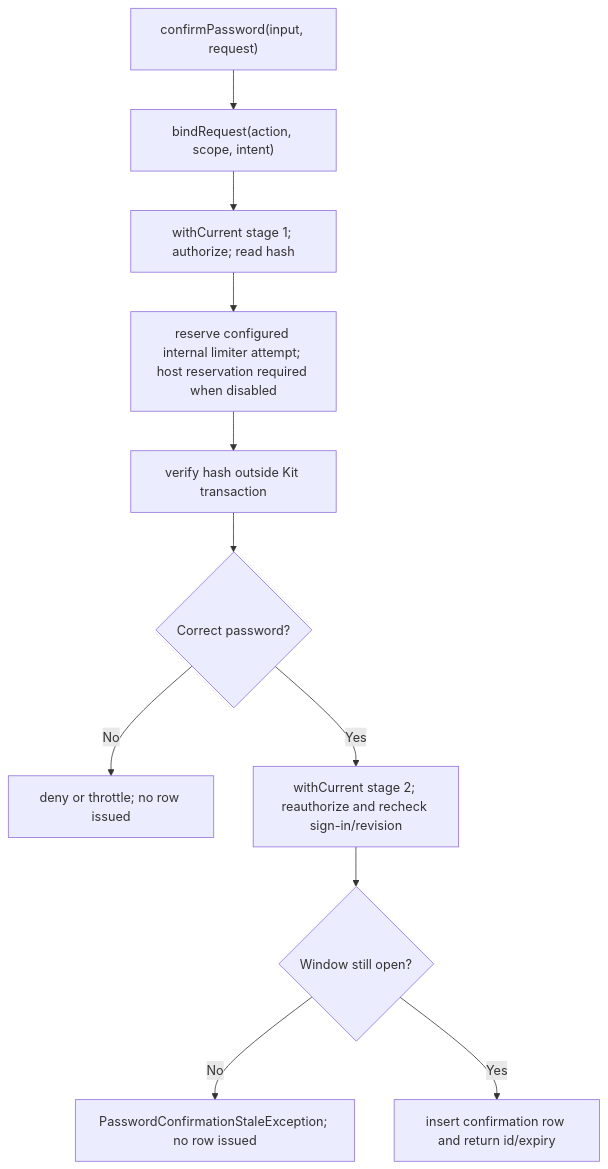
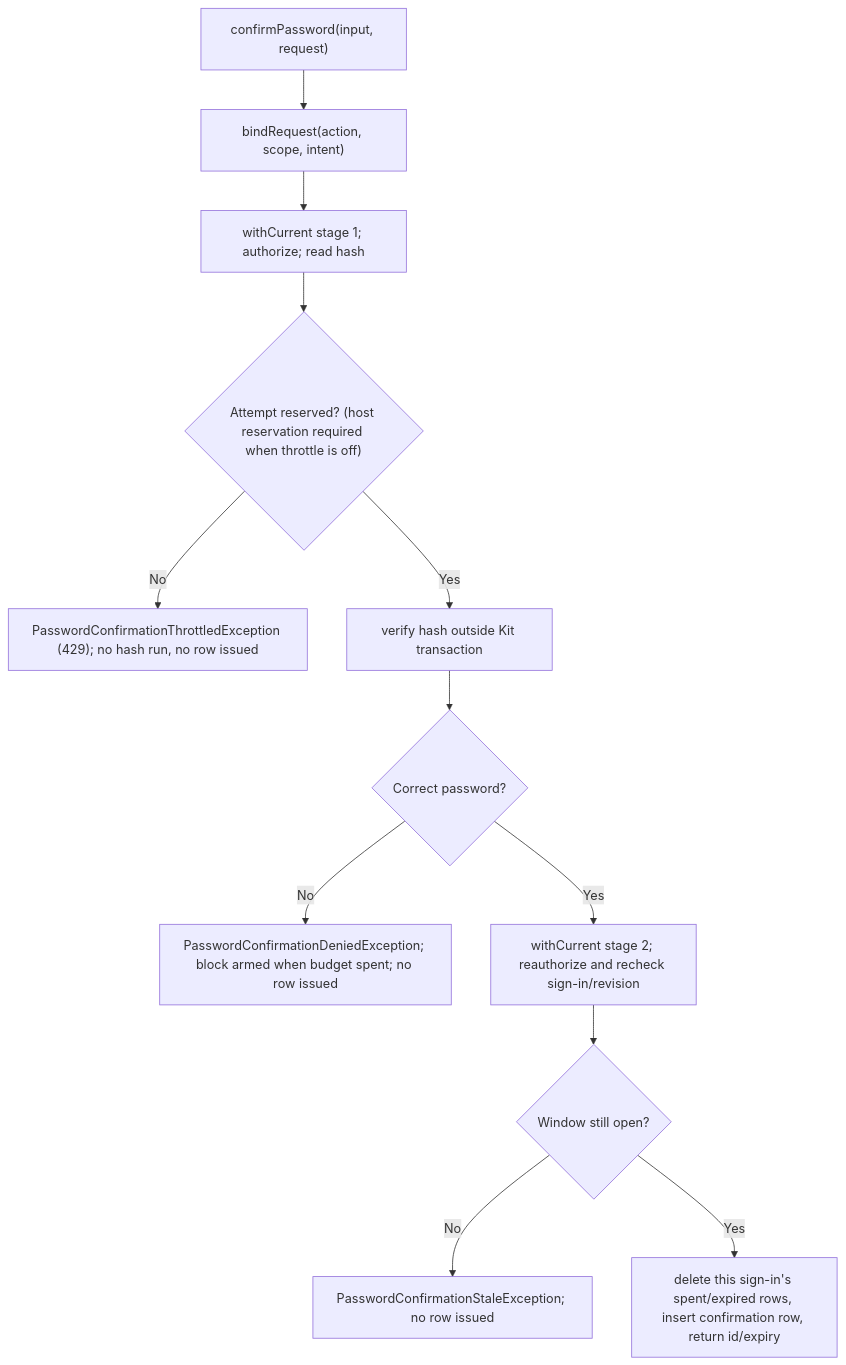
The second of 2 diagrams in user-stories/US-CONFIRM-01-issue-confirmation.md (Kevinjohn/oss-adonisjs-confirm-action-with-password), drawn with Mermaid before and after one commit. The commit also changed other lines of this file and 7 other files, not shown here.

````diff
--- a/user-stories/US-CONFIRM-01-issue-confirmation.md
+++ b/user-stories/US-CONFIRM-01-issue-confirmation.md
@@ -36,13 +36,14 @@
 ```mermaid
 flowchart TD
     A["confirmPassword(input, request)"] --> B["bindRequest(action, scope, intent)"]
     B --> C["withCurrent stage 1; authorize; read hash"]
-    C --> D["reserve configured internal limiter attempt; host reservation required when disabled"]
-    D --> E["verify hash outside Kit transaction"]
+    C --> D{"Attempt reserved? (host reservation required when throttle is off)"}
+    D -->|No| D2["PasswordConfirmationThrottledException (429); no hash run, no row issued"]
+    D -->|Yes| E["verify hash outside Kit transaction"]
     E --> F{"Correct password?"}
-    F -->|No| G["deny or throttle; no row issued"]
+    F -->|No| G["PasswordConfirmationDeniedException; block armed when budget spent; no row issued"]
     F -->|Yes| H["withCurrent stage 2; reauthorize and recheck sign-in/revision"]
     H --> I{"Window still open?"}
     I -->|No| J["PasswordConfirmationStaleException; no row issued"]
-    I -->|Yes| K["insert confirmation row and return id/expiry"]
+    I -->|Yes| K["delete this sign-in's spent/expired rows, insert confirmation row, return id/expiry"]
 ```
````
